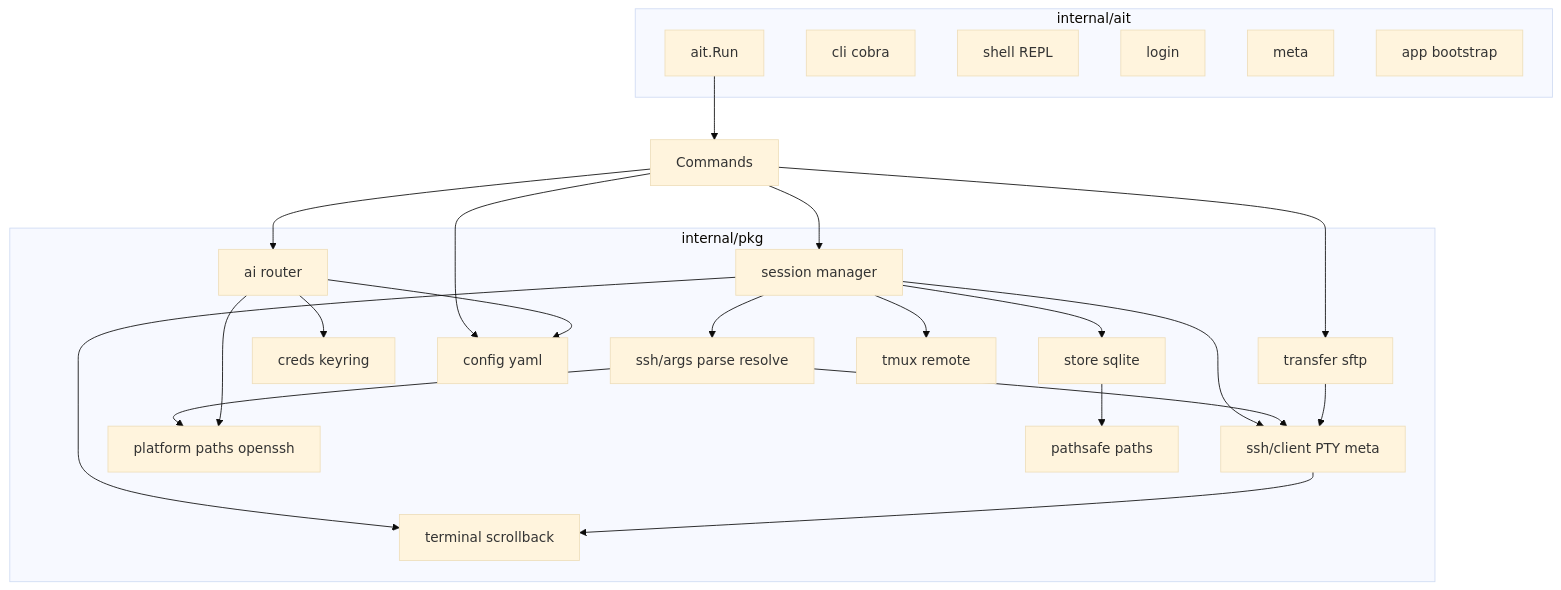
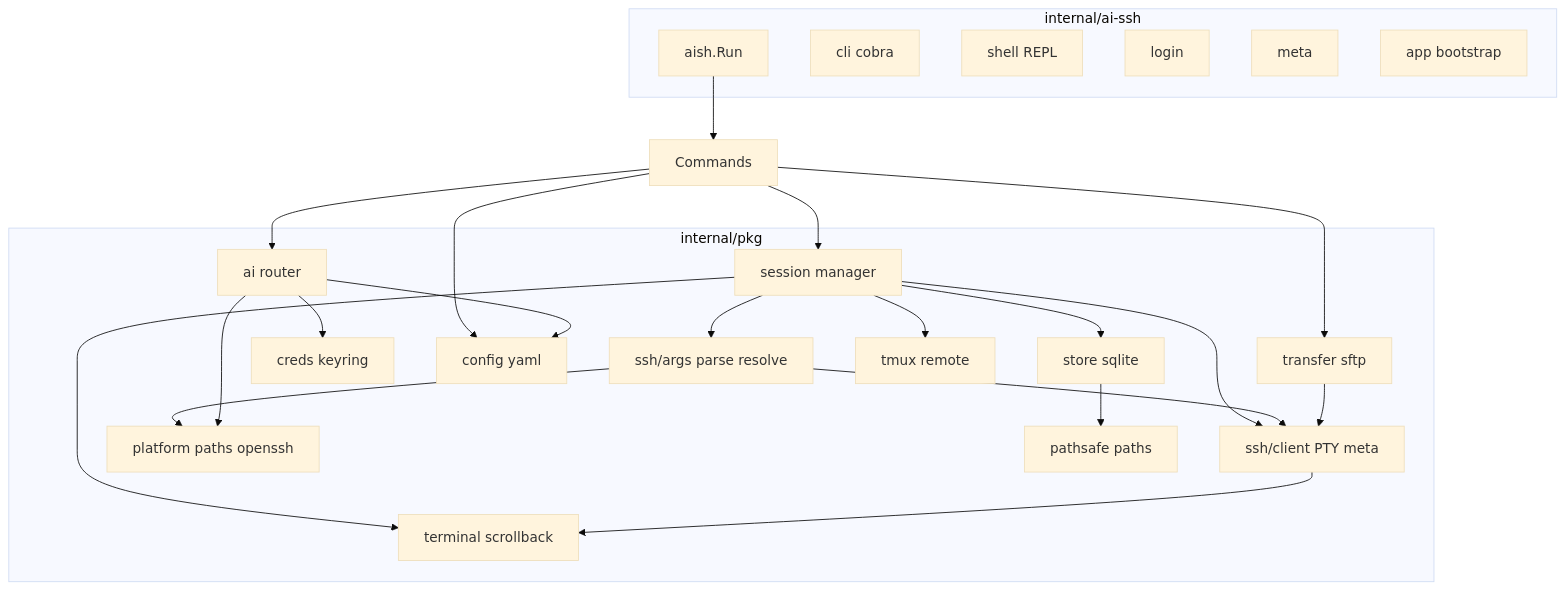
Before and after one commit to os-artificer/AiT: the second of 8 diagrams in docs/design.zh-CN.md, drawn with Mermaid (base theme). The commit also changed other lines of this file and 519 other files, not shown here.

Commit message:
feat(cli): rename ait CLI to ai-ssh toolbox tool

````diff
--- a/docs/design.zh-CN.md
+++ b/docs/design.zh-CN.md
@@ -71,43 +71,43 @@
 ```mermaid
 flowchart TB
-  subgraph cli [internal/ait]
-    Run[ait.Run]
+  subgraph cli [internal/ai-ssh]
+    Run[aish.Run]
     CliPkg[cli cobra]
     ShellPkg[shell REPL]
     LoginPkg[login]
     MetaPkg[meta]
     AppPkg[app bootstrap]
   end
   subgraph pkgs [internal/pkg]
     SSHArgs[ssh/args parse resolve]
     Store[store sqlite]
     Sess[session manager]
     SSH[ssh/client PTY meta]
     Term[terminal scrollback]
     AI[ai router]
     Creds[creds keyring]
     Config[config yaml]
     Plat[platform paths openssh]
     Transfer[transfer sftp]
     PathSafe[pathsafe paths]
     Tmux[tmux remote]
   end
   Run --> Commands
   Commands --> Sess
   Sess --> SSHArgs
   Sess --> Store
   Sess --> SSH
   Sess --> Term
   Sess --> Tmux
   Commands --> AI
   Commands --> Transfer
   Commands --> Config
   SSHArgs --> Plat
   SSHArgs --> SSH
   Transfer --> SSH
   AI --> Creds
   AI --> Config
   AI --> Plat
   SSH --> Term
   Store --> PathSafe
 ```
````
